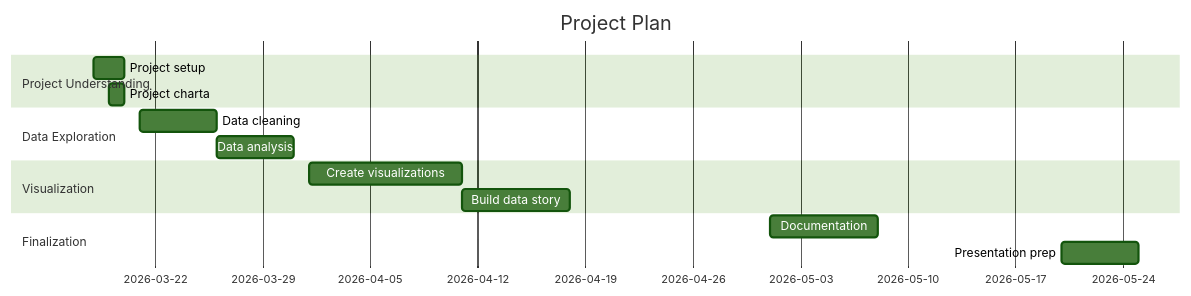
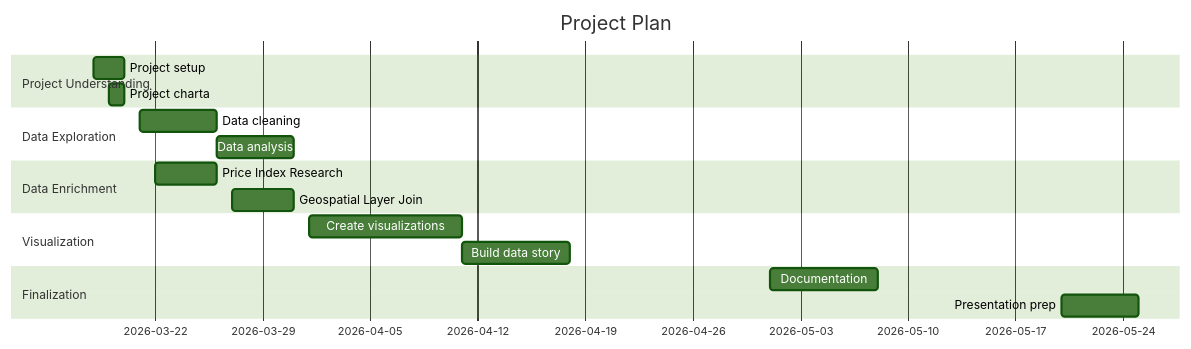
Before and after one commit to Curiyan/ad24-4-fancyproject: the diagram in docs/project_charta.qmd, drawn with Mermaid (forest theme). The commit also changed other lines of this file, not shown here.

Commit message:
amutha charta 2

````diff
--- a/docs/project_charta.qmd
+++ b/docs/project_charta.qmd
@@ -145,23 +165,27 @@
 ```{mermaid}
 %%| label: fig-project-plan
 %%| fig-cap: Preliminary project plan in the form of a Gantt chart.
 gantt
     title Project Plan
     dateFormat YYYY-MM-DD
     
     section Project Understanding
         Project setup            :a1, 2026-03-18, 2d
         Project charta           :a2, 2026-03-19, 1d
 
     section Data Exploration
         Data cleaning            :a3, 2026-03-21, 5d
         Data analysis            :a4, 2026-03-26, 5d
 
+     section Data Enrichment
+        Price Index Research     :a9, 2026-03-22, 4d
+        Geospatial Layer Join    :a10, 2026-03-27, 4d
+
     section Visualization
         Create visualizations    :a5, 2026-04-01, 10d
         Build data story         :a6, 2026-04-11, 7d
 
     section Finalization
         Documentation            :a7, 2026-05-01, 7d
         Presentation prep        :a8, 2026-05-20, 5d
 ```
````
